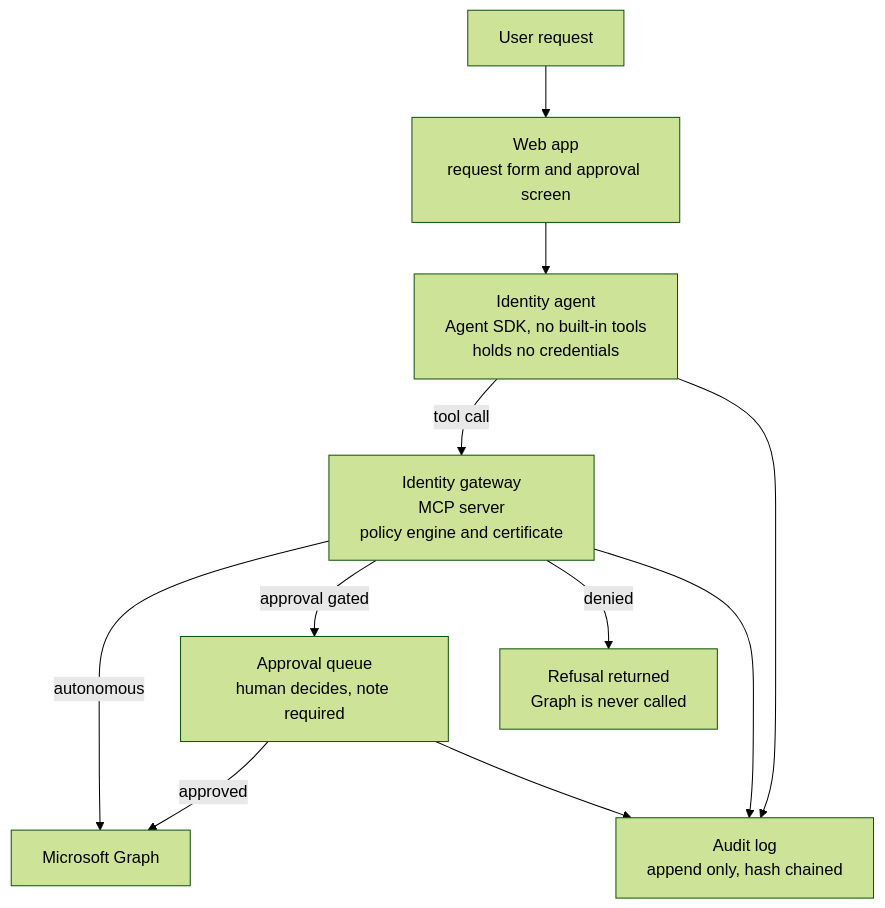
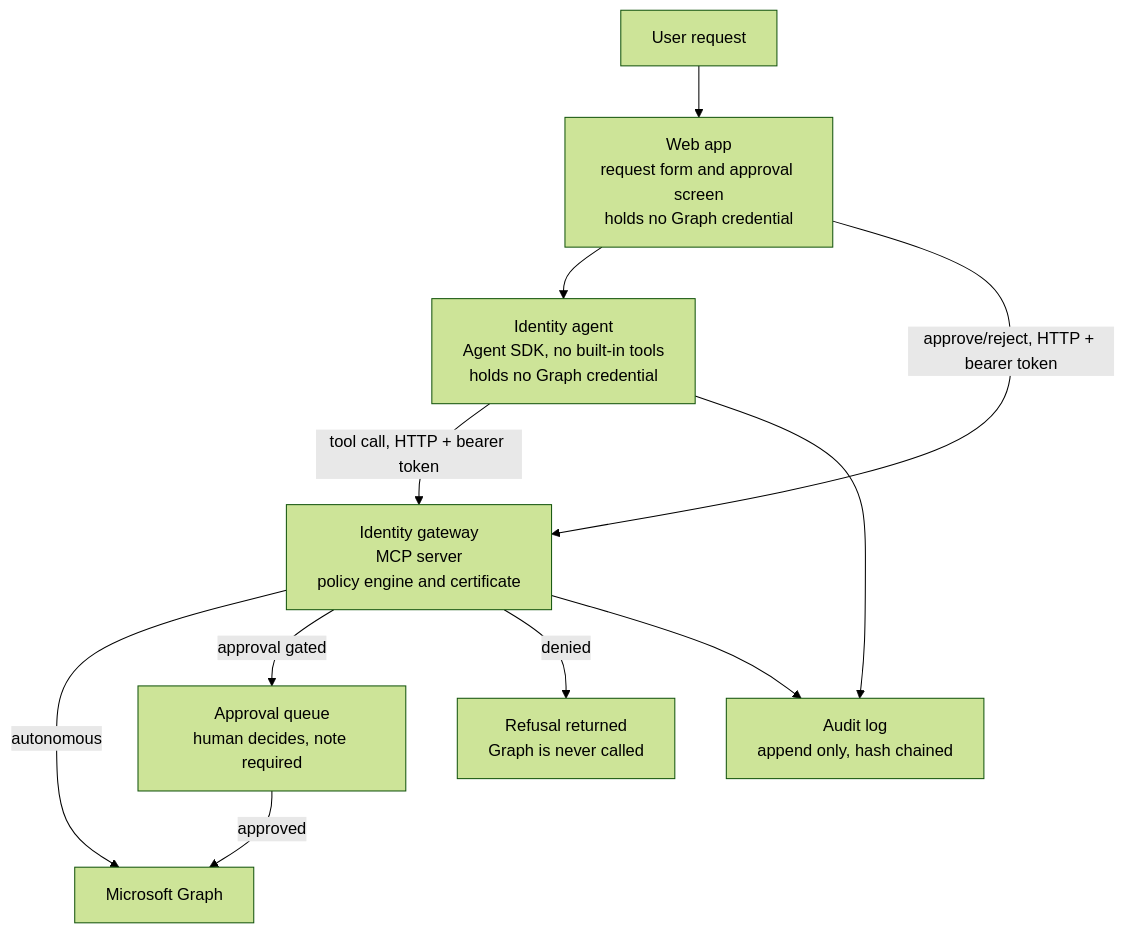
One commit to metehaninanc/scoped-agent-helpdesk changed the diagram in README.md. Above: the diagram before and after it, drawn with Mermaid (forest theme). The commit also changed other lines of this file and 2 other files, not shown here.

````diff
--- a/README.md
+++ b/README.md
@@ -25,15 +25,15 @@
 ```mermaid
 flowchart TD
-    U["User request"] --> W["Web app<br/>request form and approval screen"]
-    W --> A["Identity agent<br/>Agent SDK, no built-in tools<br/>holds no credentials"]
-    A -->|"tool call"| G["Identity gateway<br/>MCP server<br/>policy engine and certificate"]
+    U["User request"] --> W["Web app<br/>request form and approval screen<br/>holds no Graph credential"]
+    W --> A["Identity agent<br/>Agent SDK, no built-in tools<br/>holds no Graph credential"]
+    A -->|"tool call, HTTP + bearer token"| G["Identity gateway<br/>MCP server<br/>policy engine and certificate"]
+    W -->|"approve/reject, HTTP + bearer token"| G
 
     G -->|"autonomous"| MG["Microsoft Graph"]
     G -->|"approval gated"| Q["Approval queue<br/>human decides, note required"]
     Q -->|"approved"| MG
     G -->|"denied"| D["Refusal returned<br/>Graph is never called"]
 
     A --> L["Audit log<br/>append only, hash chained"]
     G --> L
-    Q --> L
 ```
````
